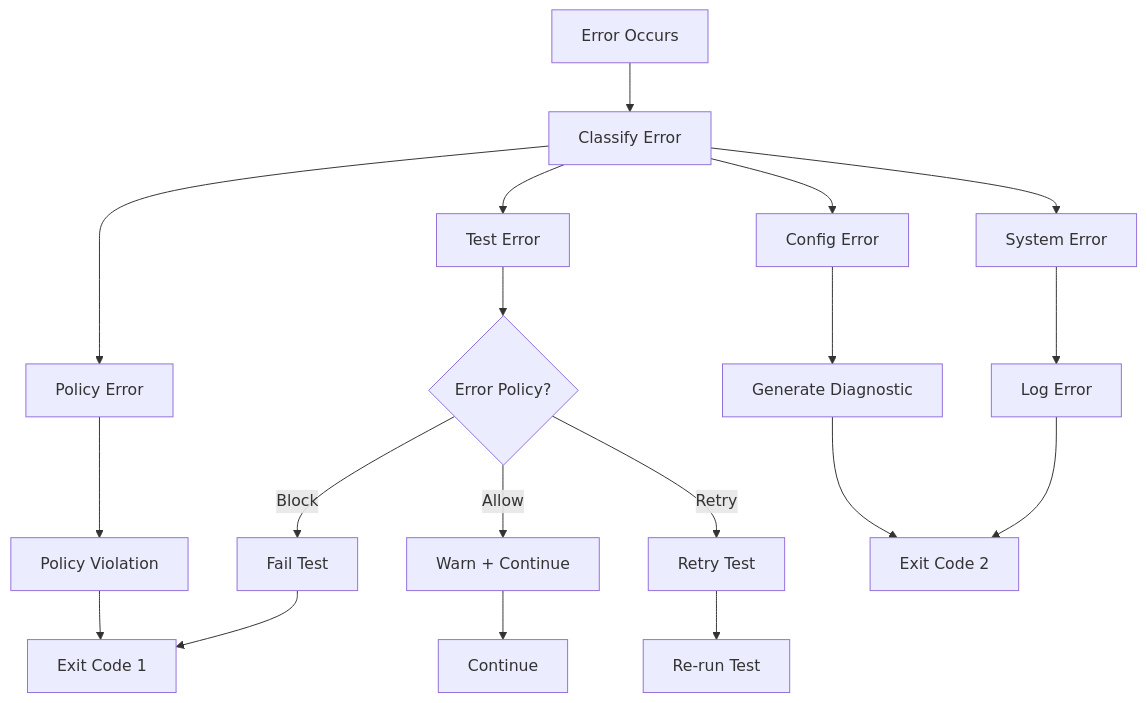
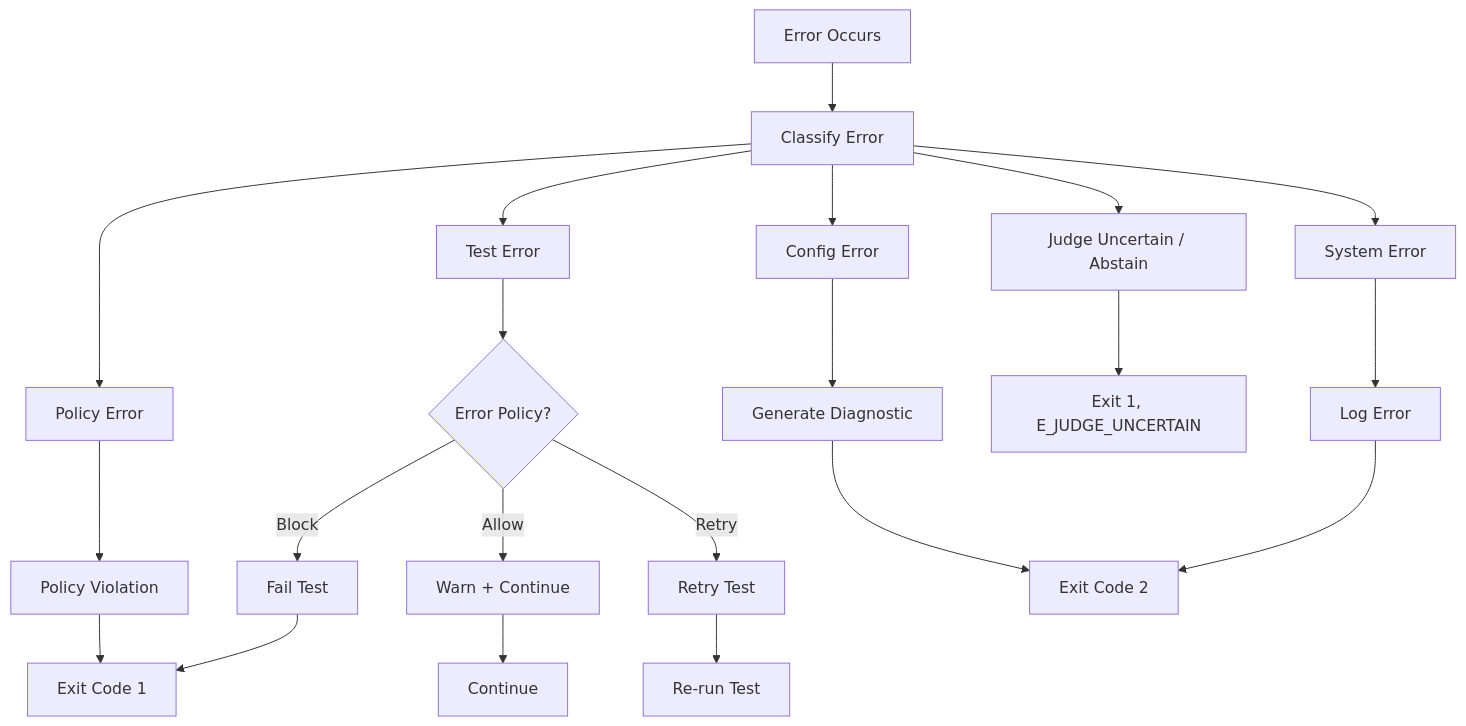
Diagram 17 of 24 in docs/AIcontext/architecture-diagrams.md (Rul1an/assay), drawn with Mermaid before and after one commit. The commit also changed other lines of this file and 36 other files, not shown here.

````diff
--- a/docs/AIcontext/architecture-diagrams.md
+++ b/docs/AIcontext/architecture-diagrams.md
@@ -497,24 +604,26 @@
 ```mermaid
 flowchart TD
     Error[Error Occurs] --> Classify[Classify Error]
     Classify --> ConfigError[Config Error]
     Classify --> TestError[Test Error]
+    Classify --> JudgeUncertain[Judge Uncertain / Abstain]
     Classify --> PolicyError[Policy Error]
     Classify --> SystemError[System Error]
 
     ConfigError --> Diagnostic[Generate Diagnostic]
     TestError --> ErrorPolicy{Error Policy?}
+    JudgeUncertain --> Exit1Judge[Exit 1, E_JUDGE_UNCERTAIN]
     PolicyError --> Violation[Policy Violation]
     SystemError --> Log[Log Error]
 
     ErrorPolicy -->|Block| Fail[Fail Test]
     ErrorPolicy -->|Allow| Warn[Warn + Continue]
     ErrorPolicy -->|Retry| Retry[Retry Test]
 
     Diagnostic --> ExitCode2[Exit Code 2]
     Violation --> ExitCode1[Exit Code 1]
     Fail --> ExitCode1
     Warn --> Continue[Continue]
     Retry --> Test[Re-run Test]
     Log --> ExitCode2
 ```
````
